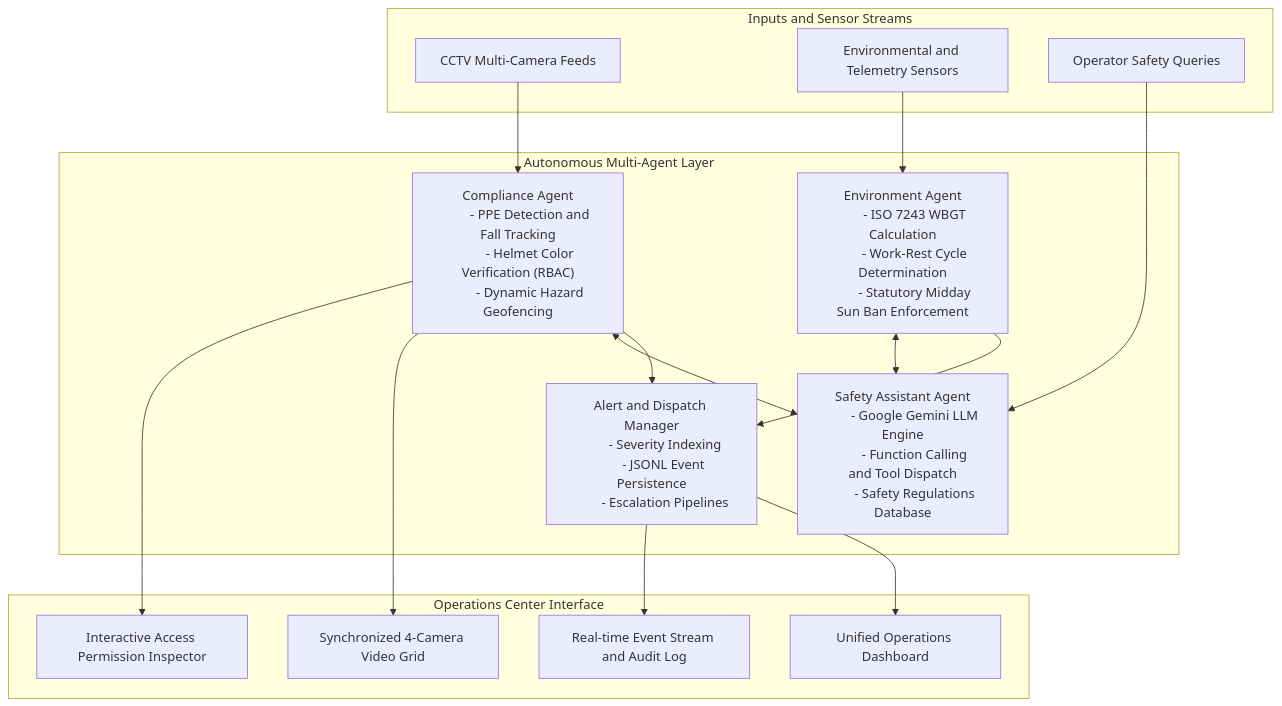
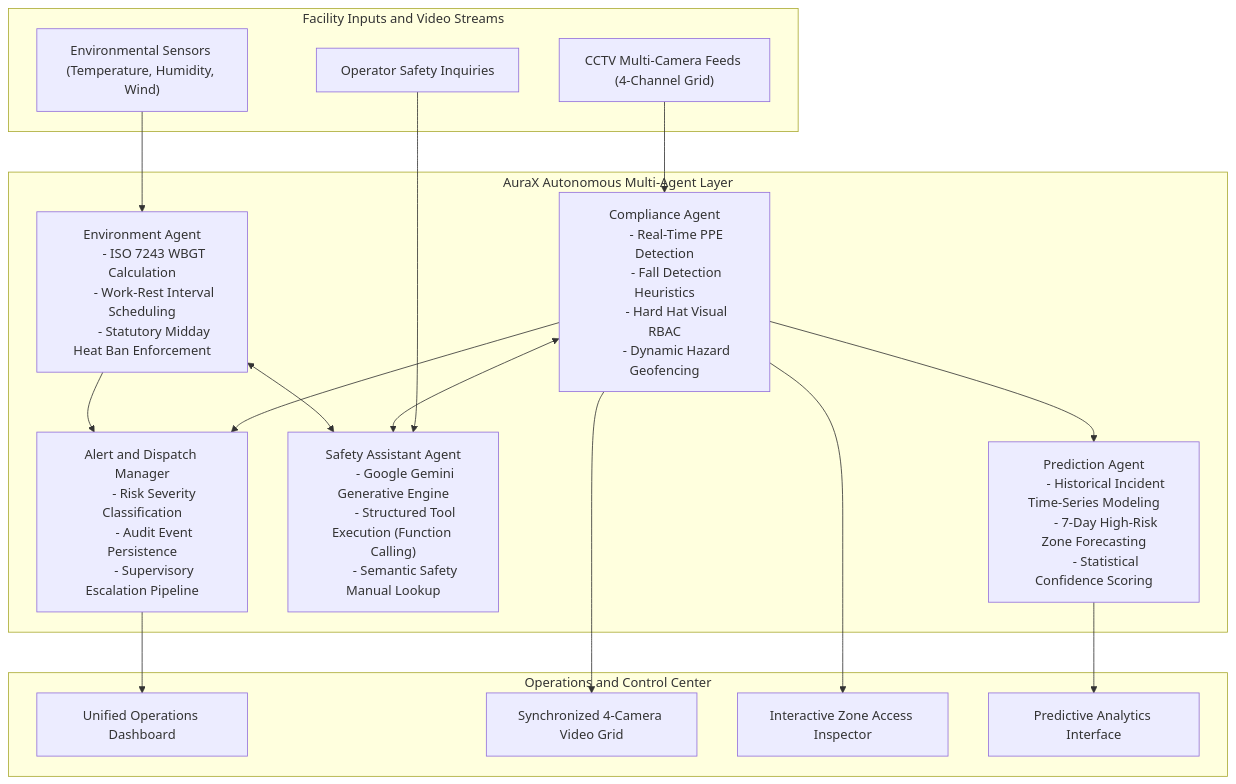
One commit to Bariqa1/AuraX changed the diagram in README.md. Above: the diagram before and after it, drawn with Mermaid. The commit also changed other lines of this file and 32 other files, not shown here.

````diff
--- a/README.md
+++ b/README.md
@@ -57,51 +113,58 @@
 ```mermaid
 flowchart TD
-    subgraph Inputs ["Inputs and Sensor Streams"]
-        CCTV["CCTV Multi-Camera Feeds"]
-        Sensors["Environmental and Telemetry Sensors"]
-        Queries["Operator Safety Queries"]
+    subgraph Inputs ["Facility Inputs and Video Streams"]
+        CCTV["CCTV Multi-Camera Feeds (4-Channel Grid)"]
+        Sensors["Environmental Sensors (Temperature, Humidity, Wind)"]
+        Queries["Operator Safety Inquiries"]
     end
 
-    subgraph Agents ["Autonomous Multi-Agent Layer"]
+    subgraph Agents ["AuraX Autonomous Multi-Agent Layer"]
         CA["Compliance Agent
-        - PPE Detection and Fall Tracking
-        - Helmet Color Verification (RBAC)
+        - Real-Time PPE Detection
+        - Fall Detection Heuristics
+        - Hard Hat Visual RBAC
         - Dynamic Hazard Geofencing"]
 
         EA["Environment Agent
         - ISO 7243 WBGT Calculation
-        - Work-Rest Cycle Determination
-        - Statutory Midday Sun Ban Enforcement"]
+        - Work-Rest Interval Scheduling
+        - Statutory Midday Heat Ban Enforcement"]
+
+        PA["Prediction Agent
+        - Historical Incident Time-Series Modeling
+        - 7-Day High-Risk Zone Forecasting
+        - Statistical Confidence Scoring"]
 
         AA["Safety Assistant Agent
-        - Google Gemini LLM Engine
-        - Function Calling and Tool Dispatch
-        - Safety Regulations Database"]
+        - Google Gemini Generative Engine
+        - Structured Tool Execution (Function Calling)
+        - Semantic Safety Manual Lookup"]
 
         AM["Alert and Dispatch Manager
-        - Severity Indexing
-        - JSONL Event Persistence
-        - Escalation Pipelines"]
+        - Risk Severity Classification
+        - Audit Event Persistence
+        - Supervisory Escalation Pipeline"]
     end
 
-    subgraph Output ["Operations Center Interface"]
+    subgraph Output ["Operations and Control Center"]
         Dashboard["Unified Operations Dashboard"]
         LiveGrid["Synchronized 4-Camera Video Grid"]
-        Telemetry["Real-time Event Stream and Audit Log"]
-        Inspector["Interactive Access Permission Inspector"]
+        RBACInspector["Interactive Zone Access Inspector"]
+        ForecastingView["Predictive Analytics Interface"]
     end
 
     CCTV --> CA
     Sensors --> EA
     Queries --> AA
 
     CA --> AM
     EA --> AM
+    CA --> PA
     CA <--> AA
     EA <--> AA
 
     AM --> Dashboard
     CA --> LiveGrid
-    AM --> Telemetry
-    CA --> Inspector
+    CA --> RBACInspector
+    PA --> ForecastingView
 ```
````
